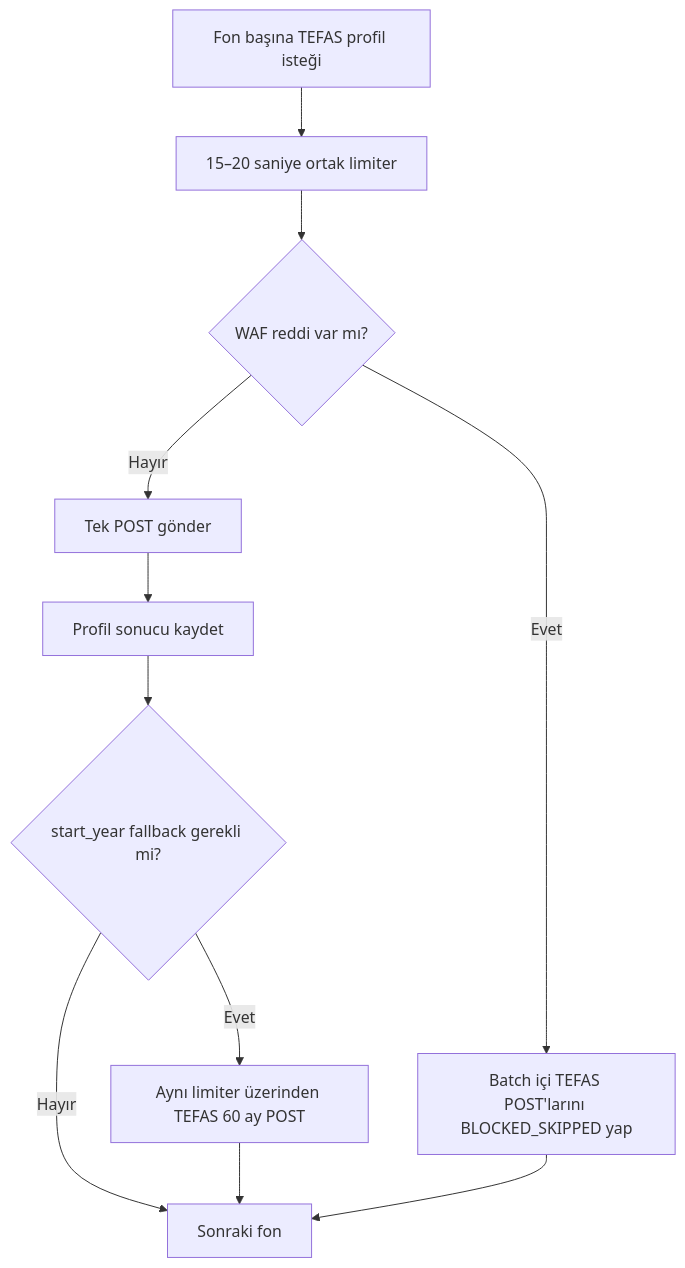
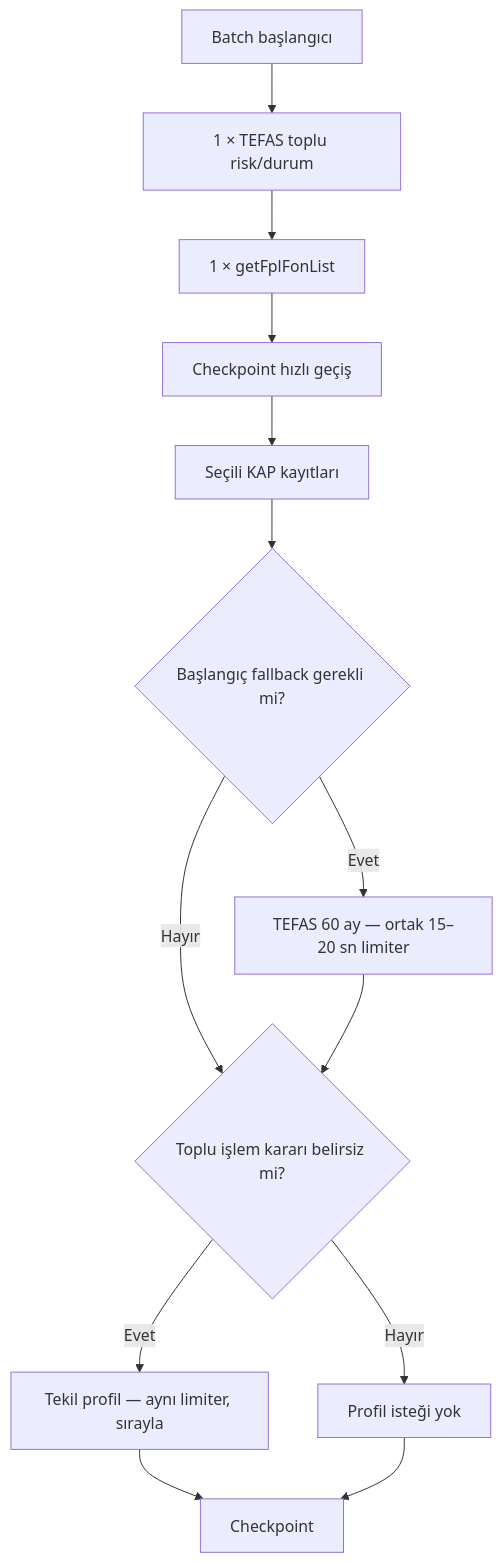
Before and after one commit to egemenkarabulut/PiyasaNabzi-KAP-YAT: diagram 12 of 18 in README.md, drawn with Mermaid. The commit also changed other lines of this file and 3 other files, not shown here.

````diff
--- a/README.md
+++ b/README.md
@@ -486,13 +471,15 @@
 ```mermaid
 flowchart TD
-    A["Fon başına TEFAS profil isteği"] --> B["15–20 saniye ortak limiter"]
-    B --> C{"WAF reddi var mı?"}
-    C -- "Evet" --> D["Batch içi TEFAS POST'larını BLOCKED_SKIPPED yap"]
-    C -- "Hayır" --> E["Tek POST gönder"]
-    E --> F["Profil sonucu kaydet"]
-    F --> G{"start_year fallback gerekli mi?"}
-    G -- "Evet" --> H["Aynı limiter üzerinden TEFAS 60 ay POST"]
-    G -- "Hayır" --> I["Sonraki fon"]
-    H --> I
-    D --> I
+    A["Batch başlangıcı"] --> B["1 × TEFAS toplu risk/durum"]
+    B --> C["1 × getFplFonList"]
+    C --> D["Checkpoint hızlı geçiş"]
+    D --> E["Seçili KAP kayıtları"]
+    E --> F{"Başlangıç fallback gerekli mi?"}
+    F -- "Evet" --> G["TEFAS 60 ay — ortak 15–20 sn limiter"]
+    F -- "Hayır" --> H{"Toplu işlem kararı belirsiz mi?"}
+    G --> H
+    H -- "Evet" --> I["Tekil profil — aynı limiter, sırayla"]
+    H -- "Hayır" --> J["Profil isteği yok"]
+    I --> K["Checkpoint"]
+    J --> K
 ```
````
